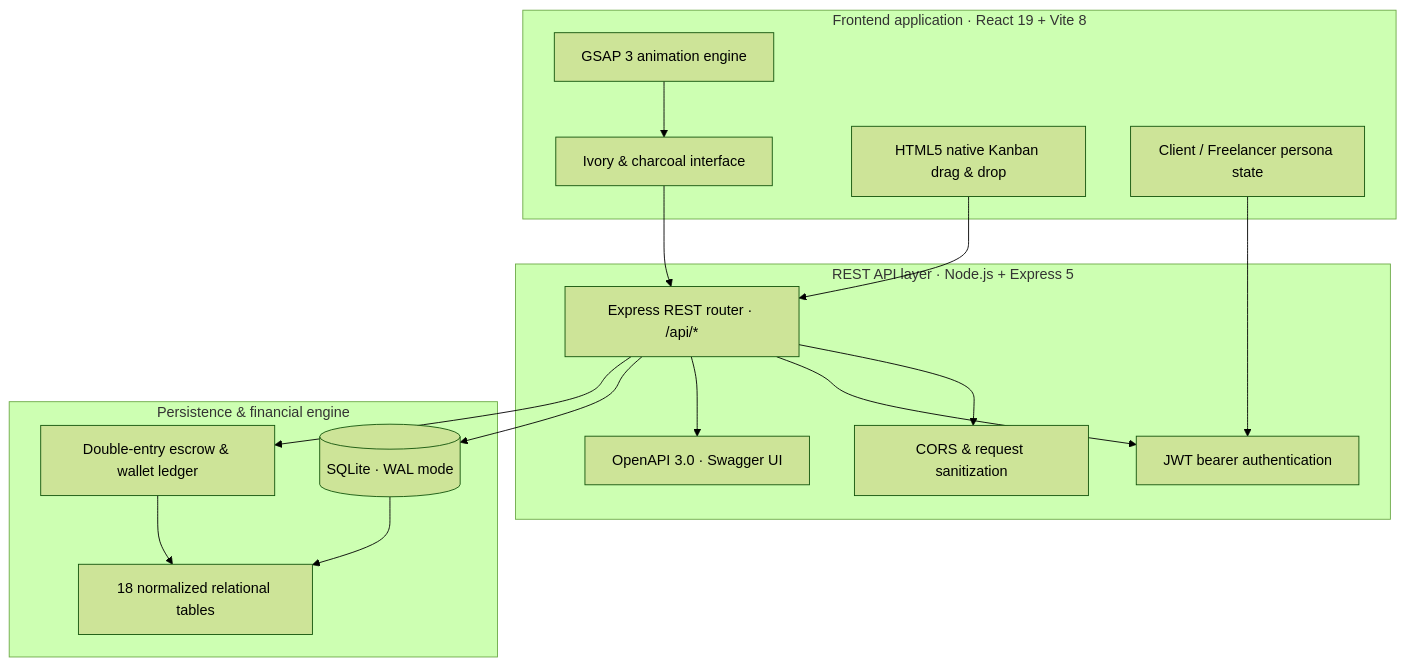
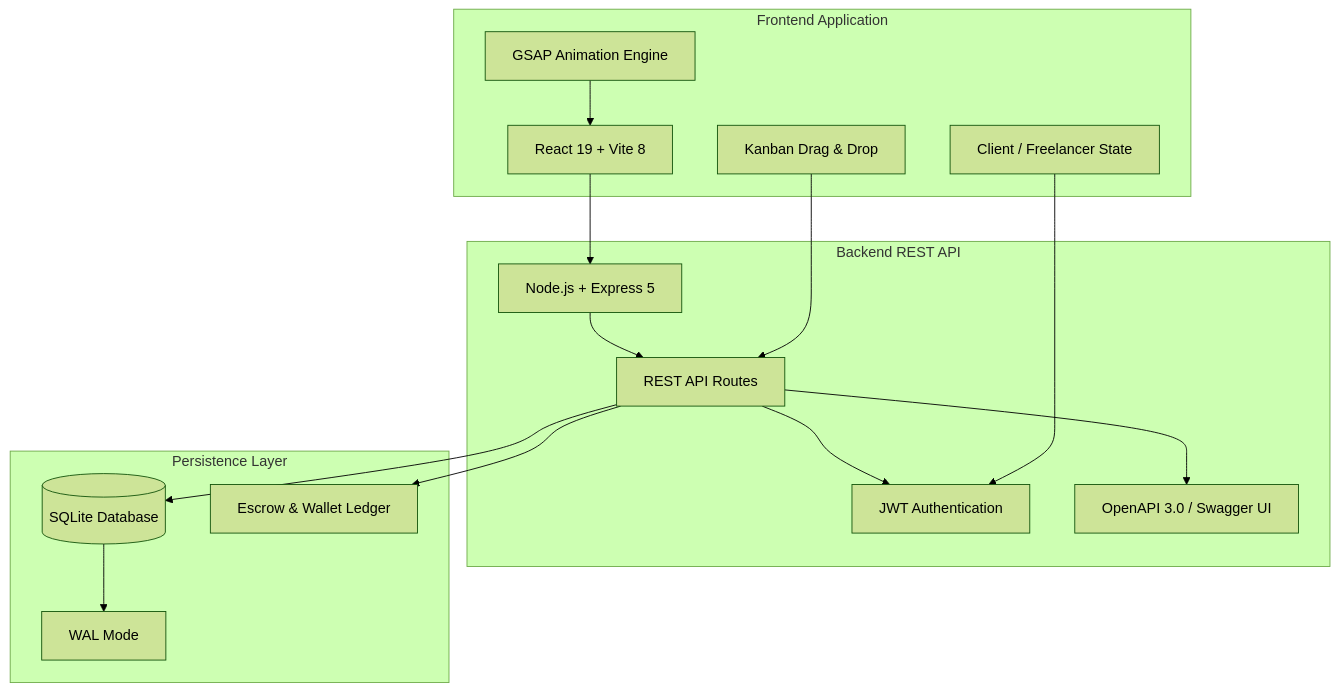
Before and after one commit to rasesh13/freelance-project-axlero: the diagram in README.md, drawn with Mermaid (forest theme). The commit also changed other lines of this file, not shown here.

````diff
--- a/README.md
+++ b/README.md
@@ -226,34 +177,34 @@
-``` mermaid
+```mermaid
 flowchart TB
-    subgraph CLIENT["Frontend application · React 19 + Vite 8"]
-        UI["Ivory & charcoal interface"]
-        GSAP["GSAP 3 animation engine"]
-        DND["HTML5 native Kanban drag & drop"]
-        STATE["Client / Freelancer persona state"]
+
+    subgraph CLIENT["Frontend Application"]
+        UI["React 19 + Vite 8"]
+        GSAP["GSAP Animation Engine"]
+        STATE["Client / Freelancer State"]
+        DND["Kanban Drag & Drop"]
     end
 
-    subgraph API["REST API layer · Node.js + Express 5"]
-        ROUTER["Express REST router · /api/*"]
-        AUTH["JWT bearer authentication"]
-        CORS["CORS & request sanitization"]
-        DOCS["OpenAPI 3.0 · Swagger UI"]
+    subgraph API["Backend REST API"]
+        SERVER["Node.js + Express 5"]
+        AUTH["JWT Authentication"]
+        ROUTES["REST API Routes"]
+        DOCS["OpenAPI 3.0 / Swagger UI"]
     end
 
-    subgraph DATA["Persistence & financial engine"]
-        DB[("SQLite · WAL mode")]
-        LEDGER["Double-entry escrow & wallet ledger"]
-        TABLES["18 normalized relational tables"]
+    subgraph DATA["Persistence Layer"]
+        DB[("SQLite Database")]
+        WAL["WAL Mode"]
+        LEDGER["Escrow & Wallet Ledger"]
     end
 
-    UI --> ROUTER
+    UI --> SERVER
     GSAP --> UI
-    DND --> ROUTER
     STATE --> AUTH
-    ROUTER --> CORS
-    ROUTER --> AUTH
-    ROUTER --> DOCS
-    ROUTER --> DB
-    ROUTER --> LEDGER
-    LEDGER --> TABLES
-    DB --> TABLES
+    DND --> ROUTES
+    SERVER --> ROUTES
+    ROUTES --> AUTH
+    ROUTES --> DOCS
+    ROUTES --> DB
+    DB --> WAL
+    ROUTES --> LEDGER
 ```
````
